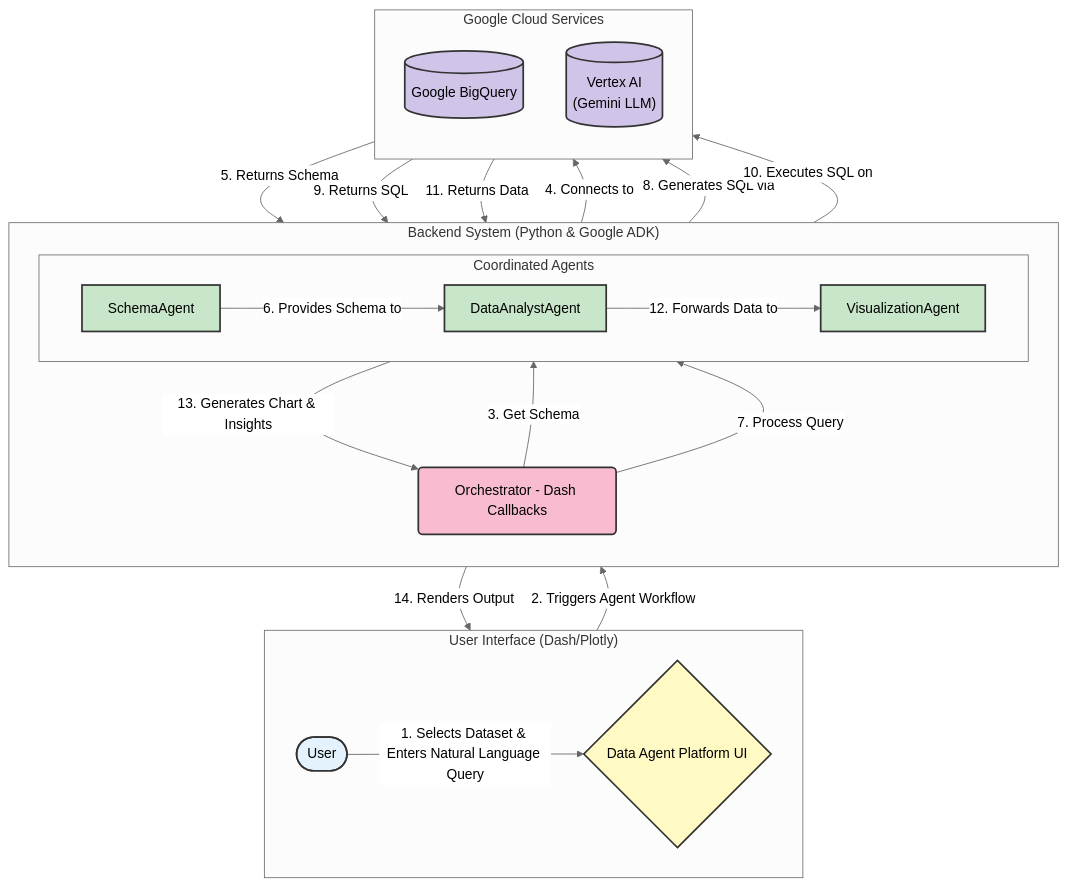
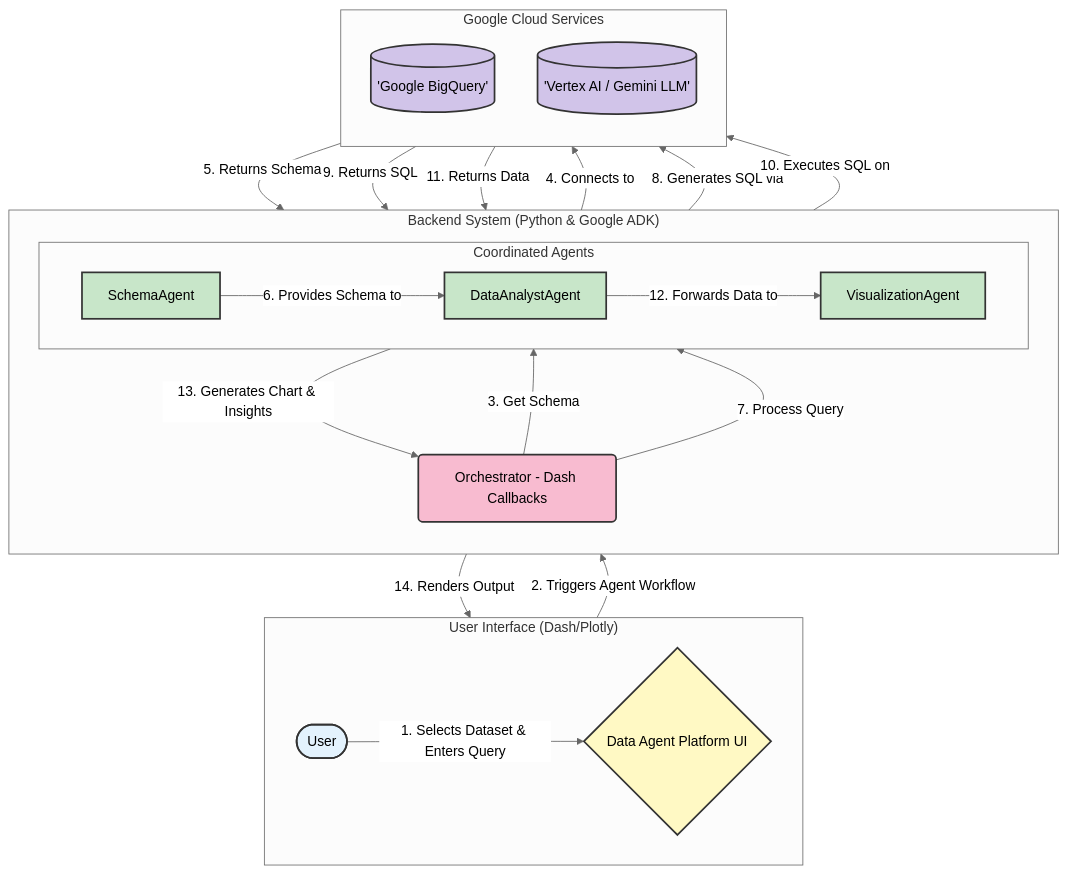
Before and after one commit to diipak/DataAgentPlatform: the diagram in ARCHITECTURE.md, drawn with Mermaid (neutral theme).

Commit message:
fix(docs): Correct Mermaid syntax in architecture diagram

````diff
--- a/ARCHITECTURE.md
+++ b/ARCHITECTURE.md
@@ -5,58 +5,58 @@
 ```mermaid
 graph TD
     subgraph "User Interface (Dash/Plotly)"
         direction LR
-        User([<fa:fa-user> User])
+        User([User])
         WebApp{Data Agent Platform UI}
 
-        User -- "1. Selects Dataset & Enters Natural Language Query" --> WebApp
+        User -- "1. Selects Dataset & Enters Query" --> WebApp
     end
 
     subgraph "Backend System (Python & Google ADK)"
         direction TB
         Orchestrator(Orchestrator - Dash Callbacks)
         WebApp -- "2. Triggers Agent Workflow" --> Orchestrator
 
         subgraph "Coordinated Agents"
             direction LR
-            SchemaAgent["<fa:fa-database> SchemaAgent"]
-            DataAnalystAgent["<fa:fa-cogs> DataAnalystAgent"]
-            VisualizationAgent["<fa:fa-chart-bar> VisualizationAgent"]
+            SchemaAgent["SchemaAgent"]
+            DataAnalystAgent["DataAnalystAgent"]
+            VisualizationAgent["VisualizationAgent"]
         end
     end
 
     subgraph "Google Cloud Services"
         direction TB
-        BigQuery[("<fa:fa-google> Google BigQuery")]
-        VertexAI[("<fa:fa-google> Vertex AI<br/>(Gemini LLM)")]
+        BigQuery[('Google BigQuery')]
+        VertexAI[('Vertex AI / Gemini LLM')]
     end
 
     %% --- Data Flow ---
     Orchestrator -- "3. Get Schema" --> SchemaAgent
     SchemaAgent -- "4. Connects to" --> BigQuery
     BigQuery -- "5. Returns Schema" --> SchemaAgent
     SchemaAgent -- "6. Provides Schema to" --> DataAnalystAgent
 
     Orchestrator -- "7. Process Query" --> DataAnalystAgent
     DataAnalystAgent -- "8. Generates SQL via" --> VertexAI
     VertexAI -- "9. Returns SQL" --> DataAnalystAgent
     DataAnalystAgent -- "10. Executes SQL on" --> BigQuery
     BigQuery -- "11. Returns Data" --> DataAnalystAgent
     DataAnalystAgent -- "12. Forwards Data to" --> VisualizationAgent
 
     VisualizationAgent -- "13. Generates Chart & Insights" --> Orchestrator
     Orchestrator -- "14. Renders Output" --> WebApp
 
     %% --- Styling ---
     classDef user fill:#e3f2fd,stroke:#333,stroke-width:2px,color:#000
     classDef webapp fill:#fff9c4,stroke:#333,stroke-width:2px,color:#000
     classDef orchestrator fill:#f8bbd0,stroke:#333,stroke-width:2px,color:#000
     classDef agent fill:#c8e6c9,stroke:#333,stroke-width:2px,color:#000
     classDef gcp fill:#d1c4e9,stroke:#333,stroke-width:2px,color:#000
 
     class User user;
     class WebApp webapp;
     class Orchestrator orchestrator;
     class SchemaAgent,DataAnalystAgent,VisualizationAgent agent;
     class BigQuery,VertexAI gcp;
 ```
````
